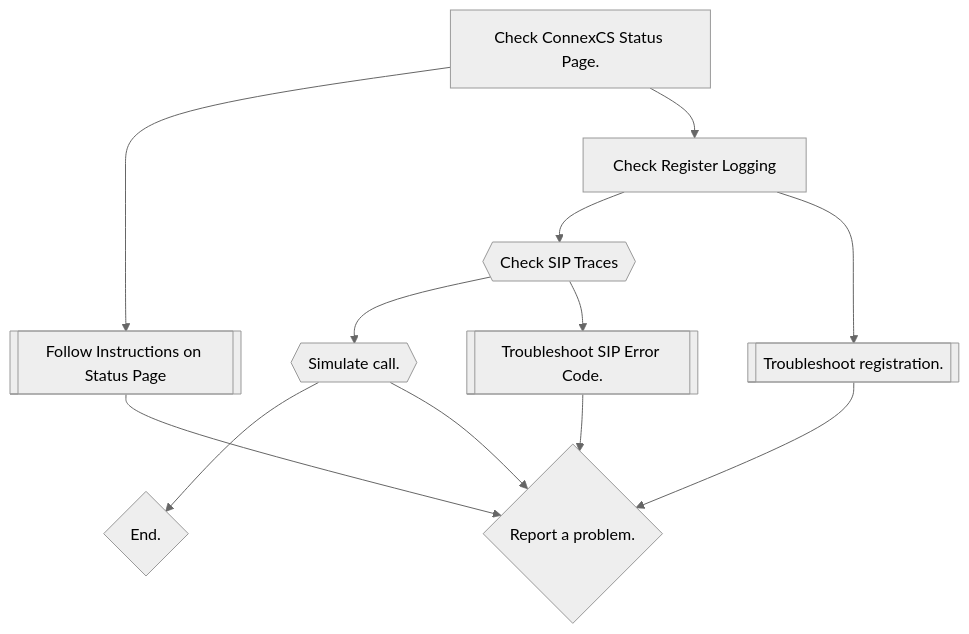
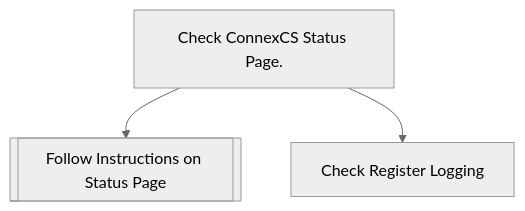
The diagram in docs/guides/tshoot-signal.md (connexcs/docs), drawn with Mermaid (neutral theme) before and after one commit. The commit also changed other lines of this file, not shown here.

Commit message:
Update tshoot-signal.md
fix mermaid

````diff
--- a/docs/guides/tshoot-signal.md
+++ b/docs/guides/tshoot-signal.md
@@ -32,14 +32,5 @@
 ```mermaid
 graph TD
 A[Check ConnexCS Status Page.] --> B[[Follow Instructions on Status Page]]
 A[Check ConnexCS Status Page.] --> C[Check Register Logging]
-C --> E{{Check SIP Traces}}    
-C --> D[[Troubleshoot registration.]]
-E --> G{{Simulate call.}}
-E --> F[[Troubleshoot SIP Error Code.]]
-G --> H{End.}
-G --> I{Report a problem.}
-B --> I{Report a problem.}
-D --> I{Report a problem.}
-F --> I{Report a problem.}
 ```
````
